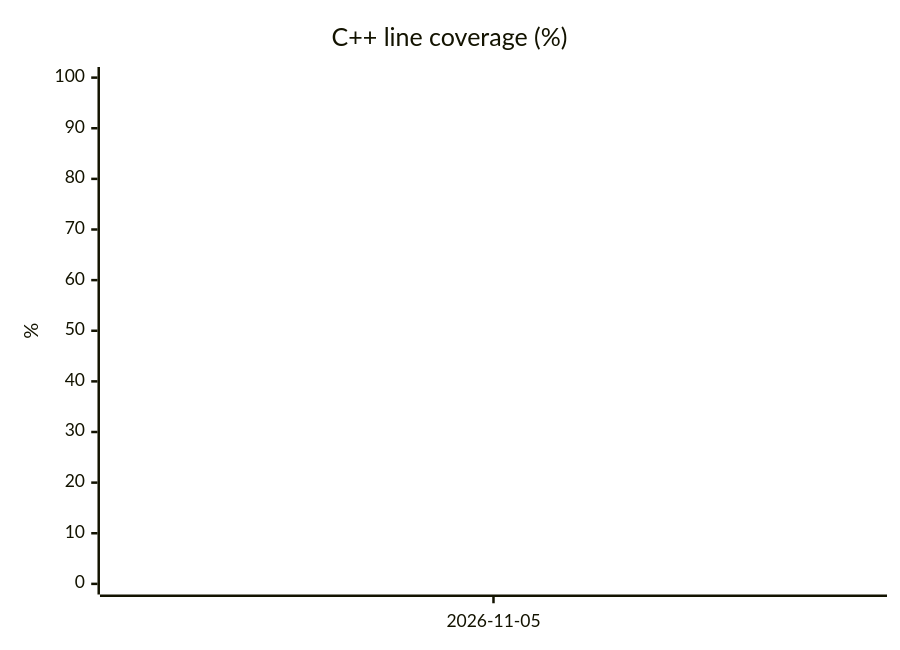
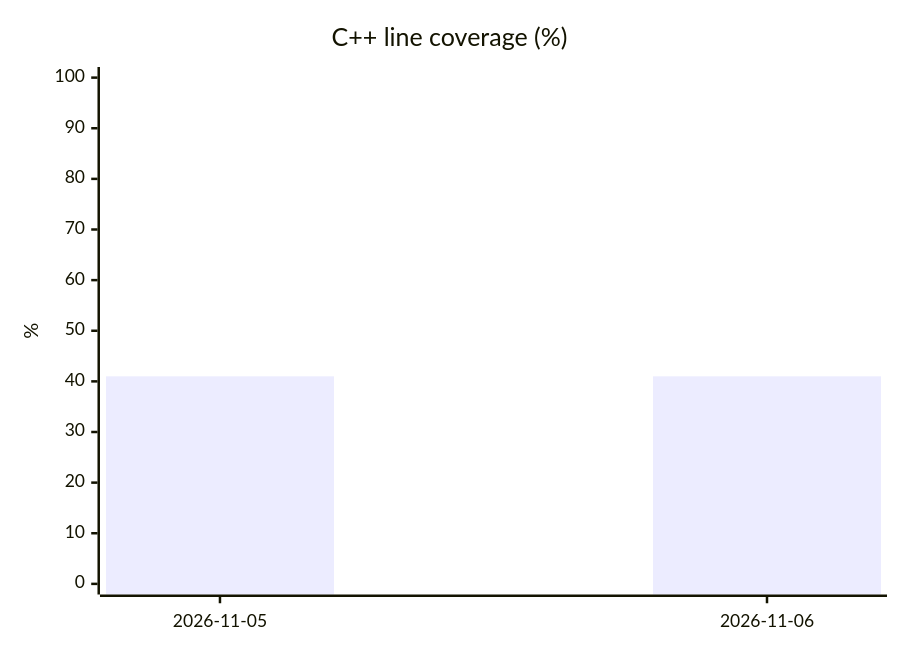
Before and after one commit to SCIInstitute/ShapeWorks: the first of 3 diagrams in README.md, drawn with Mermaid. The commit also changed other lines of this file and 1 other file, not shown here.

````diff
--- a/README.md
+++ b/README.md
@@ -15,7 +15,7 @@
 ```mermaid
 xychart-beta
     title "C++ line coverage (%)"
-    x-axis ["2026-11-05"]
+    x-axis ["2026-11-05", "2026-11-06"]
     y-axis "%" 0 --> 100
-    line [41.0]
+    bar [41.0, 41.0]
 ```
````
